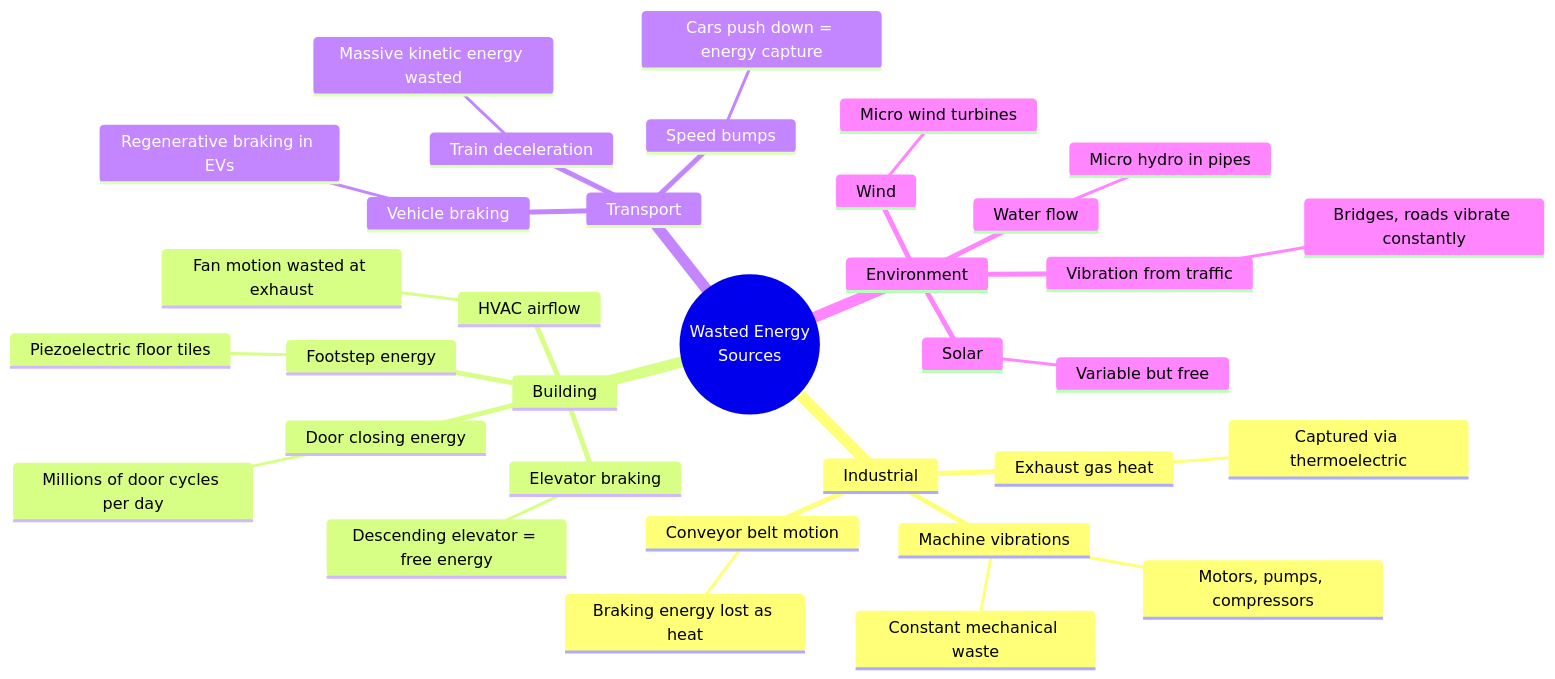
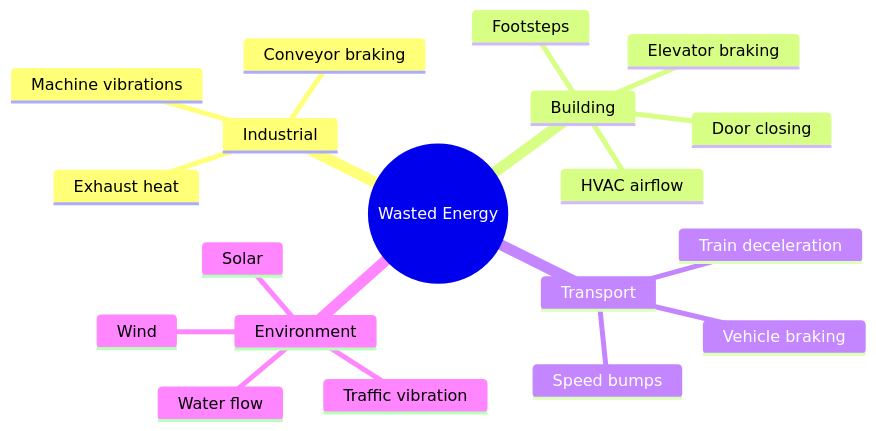
The second of 14 diagrams in docs/gridbox-proposal.md (doyun-gu/hack-a-bot-2026), drawn with Mermaid before and after one commit. The commit also changed other lines of this file and 3 other files, not shown here.

First line of the commit message:
Clean up diagrams + add EEE theory + ventilation application

````diff
--- a/docs/gridbox-proposal.md
+++ b/docs/gridbox-proposal.md
@@ -51,37 +45,22 @@
 ```mermaid
 mindmap
-  root((Wasted Energy<br/>Sources))
+  root((Wasted Energy))
     Industrial
       Machine vibrations
-        Motors, pumps, compressors
-        Constant mechanical waste
-      Conveyor belt motion
-        Braking energy lost as heat
-      Exhaust gas heat
-        Captured via thermoelectric
+      Conveyor braking
+      Exhaust heat
     Building
-      Door closing energy
-        Millions of door cycles per day
+      Door closing
       Elevator braking
-        Descending elevator = free energy
       HVAC airflow
-        Fan motion wasted at exhaust
-      Footstep energy
-        Piezoelectric floor tiles
+      Footsteps
     Transport
       Vehicle braking
-        Regenerative braking in EVs
       Train deceleration
-        Massive kinetic energy wasted
       Speed bumps
-        Cars push down = energy capture
     Environment
       Wind
-        Micro wind turbines
       Water flow
-        Micro hydro in pipes
       Solar
-        Variable but free
-      Vibration from traffic
-        Bridges, roads vibrate constantly
+      Traffic vibration
 ```
````
